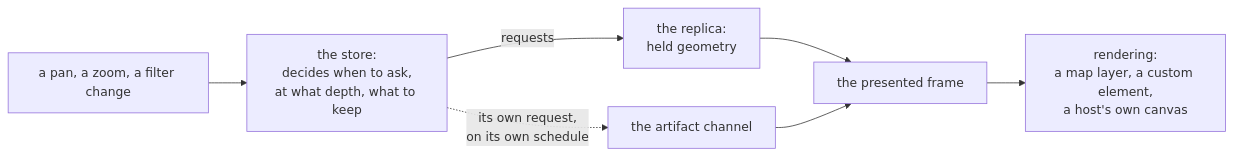
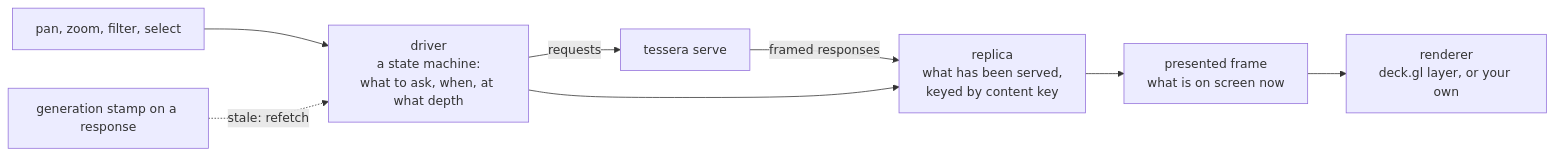
Before and after one commit to jennis0/tesseradb: the second of 3 diagrams in docs/system/clients.md, drawn with Mermaid. The commit also changed other lines of this file, not shown here.

Commit message:
docs(system): clients: self-reference removed; store diagram redrawn

````diff
--- a/docs/system/clients.md
+++ b/docs/system/clients.md
@@ -76,9 +75,10 @@
 ```mermaid
 flowchart LR
-  gesture["a pan, a zoom, a filter change"] --> store["the store:<br/>decides when to ask,<br/>at what depth, what to keep"]
-  store -- "requests" --> replica["the replica:<br/>held geometry"]
-  replica --> frame["the presented frame"]
-  store -. "its own request,<br/>on its own schedule" .-> channel["the artifact channel"]
-  channel --> frame
-  frame --> render["rendering:<br/>a map layer, a custom element,<br/>a host's own canvas"]
+  srv["tessera serve"] -- "framed responses" --> replica["replica<br/>what has been served,<br/>keyed by content key"]
+  replica --> frame["presented frame<br/>what is on screen now"]
+  frame --> render["renderer<br/>deck.gl layer, or your own"]
+  gesture["pan, zoom, filter, select"] --> driver["driver<br/>a state machine:<br/>what to ask, when, at what depth"]
+  driver -- "requests" --> srv
+  driver --> replica
+  stamp["generation stamp on a response"] -. "stale: refetch" .-> driver
 ```
````
